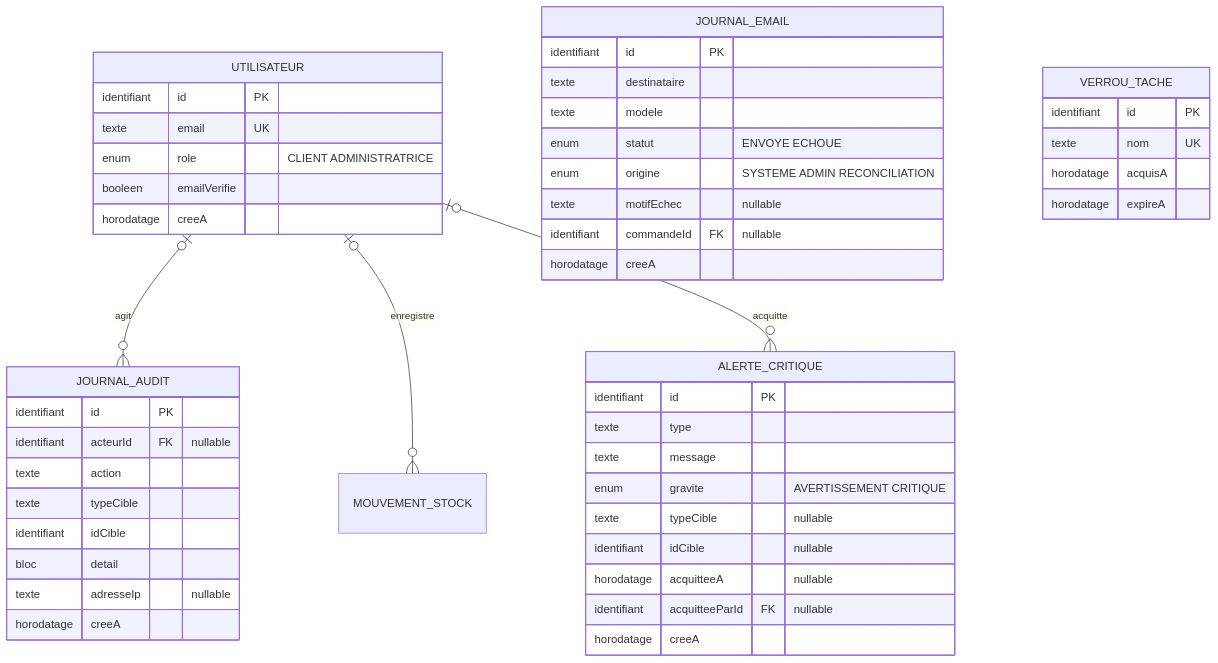
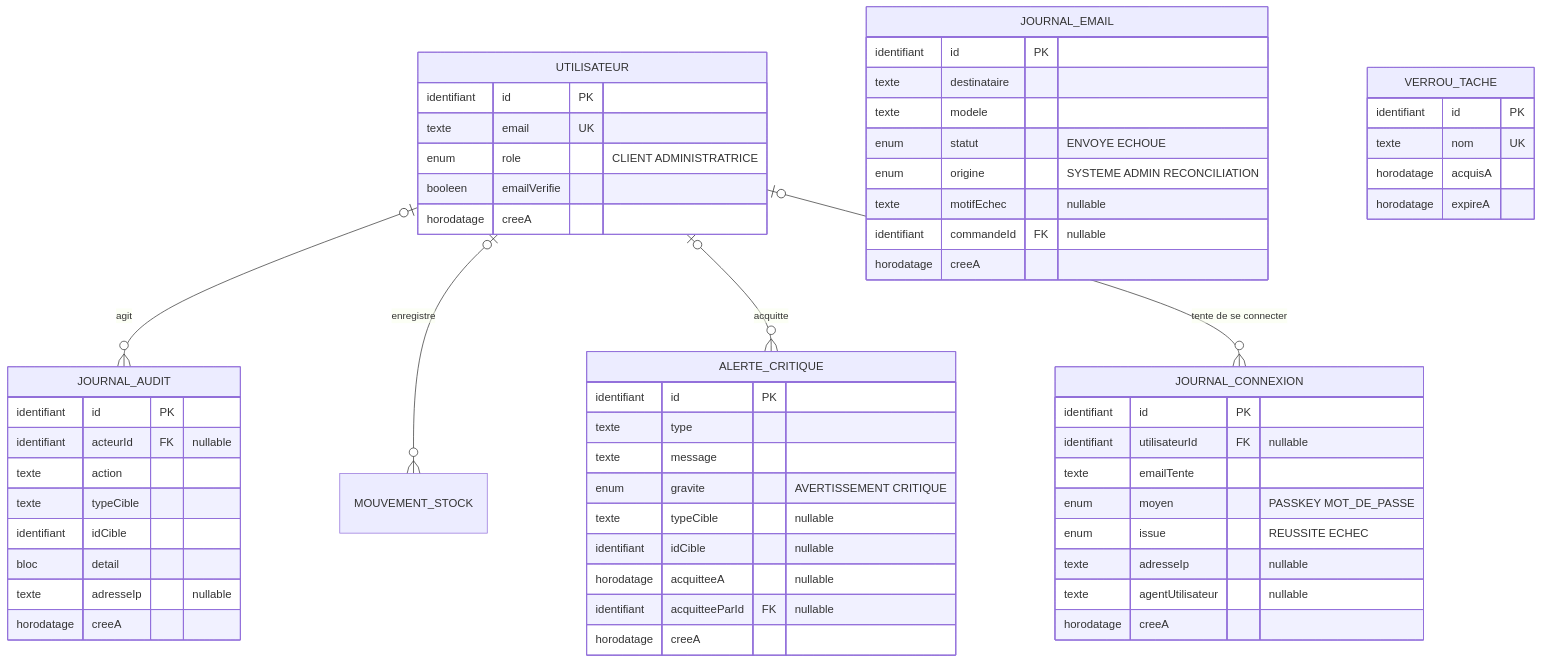
One commit to krismos64/lune-soleil changed the ninth of 9 diagrams in docs/architecture/MODELE-CONCEPTUEL.md. Above: the diagram before and after it, drawn with Mermaid. The commit also changed other lines of this file and 15 other files, not shown here.

````diff
--- a/docs/architecture/MODELE-CONCEPTUEL.md
+++ b/docs/architecture/MODELE-CONCEPTUEL.md
@@ -1357,51 +1357,62 @@
 ```mermaid
 erDiagram
     UTILISATEUR |o--o{ JOURNAL_AUDIT : "agit"
     UTILISATEUR |o--o{ MOUVEMENT_STOCK : "enregistre"
     UTILISATEUR |o--o{ ALERTE_CRITIQUE : "acquitte"
+    UTILISATEUR |o--o{ JOURNAL_CONNEXION : "tente de se connecter"
 
     UTILISATEUR {
         identifiant id PK
         texte email UK
         enum role "CLIENT ADMINISTRATRICE"
         booleen emailVerifie
         horodatage creeA
     }
     JOURNAL_AUDIT {
         identifiant id PK
         identifiant acteurId FK "nullable"
         texte action
         texte typeCible
         identifiant idCible
         bloc detail
         texte adresseIp "nullable"
         horodatage creeA
     }
     JOURNAL_EMAIL {
         identifiant id PK
         texte destinataire
         texte modele
         enum statut "ENVOYE ECHOUE"
         enum origine "SYSTEME ADMIN RECONCILIATION"
         texte motifEchec "nullable"
         identifiant commandeId FK "nullable"
         horodatage creeA
     }
     ALERTE_CRITIQUE {
         identifiant id PK
         texte type
         texte message
         enum gravite "AVERTISSEMENT CRITIQUE"
         texte typeCible "nullable"
         identifiant idCible "nullable"
         horodatage acquitteeA "nullable"
         identifiant acquitteeParId FK "nullable"
         horodatage creeA
     }
+    JOURNAL_CONNEXION {
+        identifiant id PK
+        identifiant utilisateurId FK "nullable"
+        texte emailTente
+        enum moyen "PASSKEY MOT_DE_PASSE"
+        enum issue "REUSSITE ECHEC"
+        texte adresseIp "nullable"
+        texte agentUtilisateur "nullable"
+        horodatage creeA
+    }
     VERROU_TACHE {
         identifiant id PK
         texte nom UK
         horodatage acquisA
         horodatage expireA
     }
 ```
````
